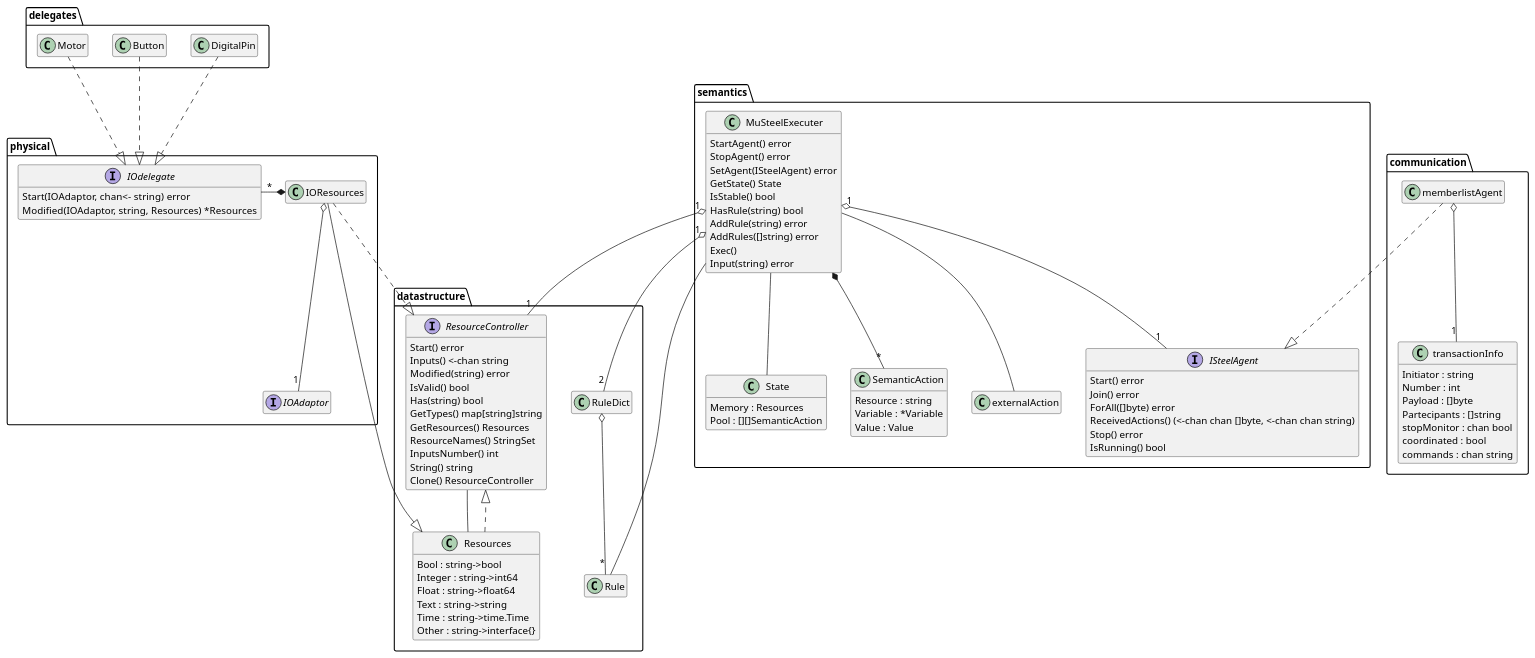
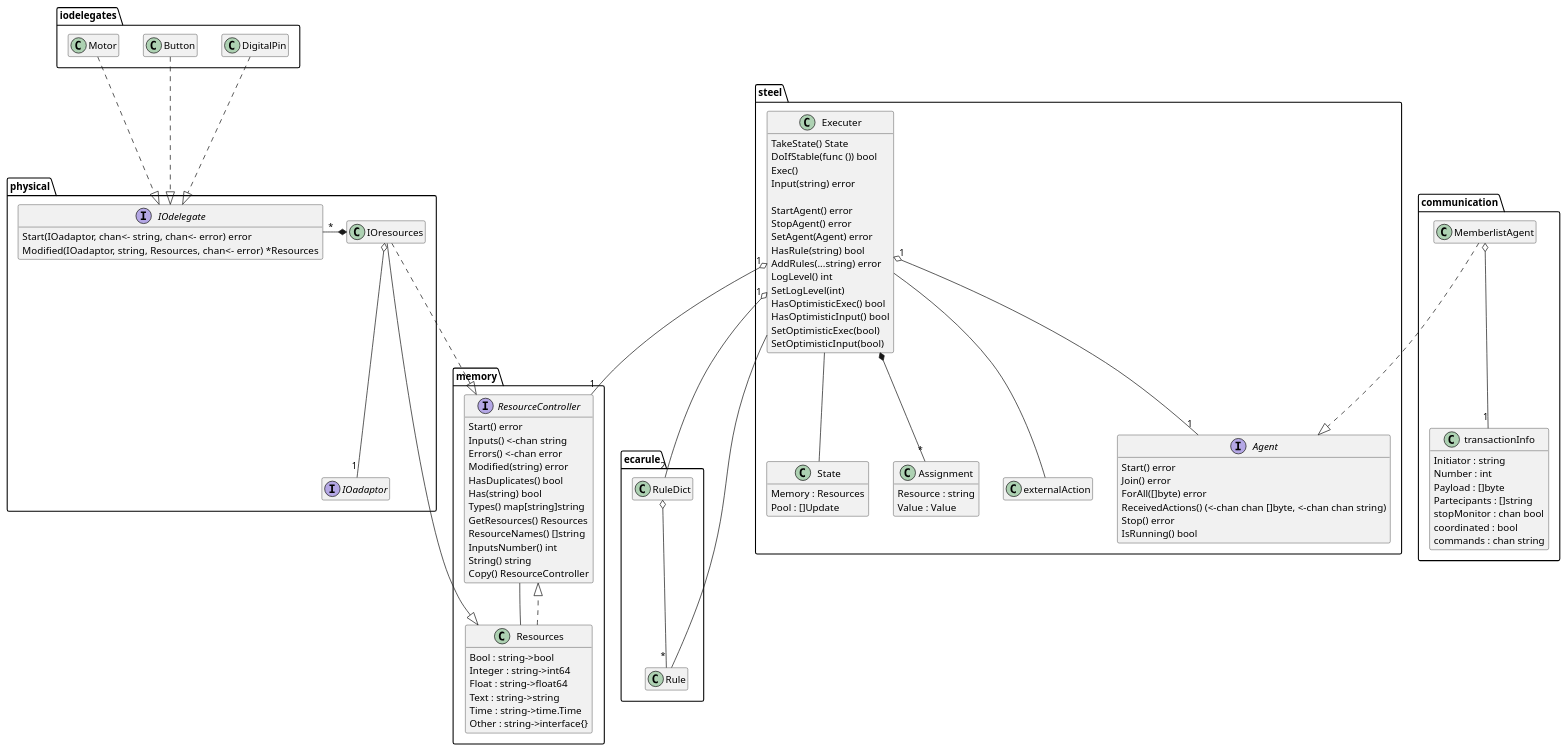
Before and after one commit to abu-lang/goabu: the diagram in docs/class_diagram.puml, drawn with PlantUML. The commit also changed 3 other files, not shown here.

Commit message:
updated uml

```diff
--- a/docs/class_diagram.puml
+++ b/docs/class_diagram.puml
@@ -1,124 +1,133 @@
 @startuml
 hide empty members
 
-package delegates {
+package iodelegates {
     class DigitalPin
     class Button
     class Motor
 }
 
 package physical {
-    class IOResources {
-        adaptor : IOAdaptor
+    class IOresources {
+        adaptor : IOadaptor
     }
-    hide IOResources attributes
-    interface IOAdaptor
+    hide IOresources attributes
+    interface IOadaptor
     interface IOdelegate {
-        Start(IOAdaptor, chan<- string) error
-        Modified(IOAdaptor, string, Resources) *Resources
+        Start(IOadaptor, chan<- string, chan<- error) error
+        Modified(IOadaptor, string, Resources, chan<- error) *Resources
     }
-    IOResources o-- "1" IOAdaptor
-    IOdelegate "*" -* IOResources
+    IOresources o-- "1" IOadaptor
+    IOdelegate "*" -* IOresources
 }
 
-package datastructure {
+package ecarule {
     class Rule
     class RuleDict
+}
+
+package memory {
     interface ResourceController {
         Start() error
 	    Inputs() <-chan string
+        Errors() <-chan error
 	    Modified(string) error
-	    IsValid() bool
+	    HasDuplicates() bool
 	    Has(string) bool
-	    GetTypes() map[string]string
+	    Types() map[string]string
 	    GetResources() Resources
-	    ResourceNames() StringSet
+	    ResourceNames() []string
 	    InputsNumber() int
 	    String() string
-	    Clone() ResourceController
+	    Copy() ResourceController
     }
     class Resources {
         Bool : string->bool
 	    Integer : string->int64
 	    Float : string->float64
 	    Text : string->string
 	    Time : string->time.Time
 	    Other : string->interface{}
     }
     RuleDict o-- "*" Rule
     Resources ..|> ResourceController
     ResourceController -- Resources
 }
 
-package semantics {
+package steel {
     class State {
         Memory : Resources
-	    Pool : [][]SemanticAction
+	    Pool : []Update
     }
-    class MuSteelExecuter {
+    class Executer {
         memory : ResourceController
-        pool : [][]SemanticAction
-        agent : ISteelAgent
+        pool : []Update
+        agent : Agent
         localLibrary : string->RuleDict
         globalLibrary : string->RuleDict
 
+        TakeState() State
+        DoIfStable(func ()) bool
+        Exec()
+        Input(string) error
+
         StartAgent() error
         StopAgent() error
-        SetAgent(ISteelAgent) error
-        GetState() State
-        IsStable() bool
+        SetAgent(Agent) error
         HasRule(string) bool
-        AddRule(string) error
-        AddRules([]string) error
-        Exec()
-        Input(string) error
+        AddRules(...string) error
+        LogLevel() int
+        SetLogLevel(int)
+        HasOptimisticExec() bool
+        HasOptimisticInput() bool
+        SetOptimisticExec(bool)
+        SetOptimisticInput(bool)
     }
-    hide MuSteelExecuter attributes
-    interface ISteelAgent {
+    hide Executer attributes
+    interface Agent {
         Start() error
 	    Join() error
 	    ForAll([]byte) error
 	    ReceivedActions() (<-chan chan []byte, <-chan chan string)
 	    Stop() error
 	    IsRunning() bool
     }
-    class SemanticAction {
+    class Assignment {
         Resource : string
-        Variable : *Variable
         Value : Value
     }
     class externalAction
 
-    MuSteelExecuter "1" o-- "1" ISteelAgent
-    MuSteelExecuter *-- "*" SemanticAction
-    MuSteelExecuter -- externalAction
-    MuSteelExecuter -- State
+    Executer "1" o-- "1" Agent
+    Executer *-- "*" Assignment
+    Executer -- externalAction
+    Executer -- State
 }
 
 package communication {
-    class memberlistAgent
+    class MemberlistAgent
     class transactionInfo {
 	    Initiator : string
 	    Number : int
 	    Payload : []byte
 	    Partecipants : []string
 	    stopMonitor : chan bool
 	    coordinated : bool
 	    commands : chan string
     }
-    memberlistAgent o-- "1" transactionInfo
+    MemberlistAgent o-- "1" transactionInfo
 }
 
 DigitalPin ..|> IOdelegate
 Button ..|> IOdelegate
 Motor ..|> IOdelegate
 
-IOResources ..|> ResourceController
-IOResources --|> Resources
+IOresources ..|> ResourceController
+IOresources --|> Resources
 
-MuSteelExecuter "1" o-- "1" ResourceController
-MuSteelExecuter "1" o-- "2" RuleDict
-MuSteelExecuter -- Rule
+Executer "1" o-- "1" ResourceController
+Executer "1" o-- "2" RuleDict
+Executer -- Rule
 
-memberlistAgent ..|> ISteelAgent
+MemberlistAgent ..|> Agent
 @enduml
```
